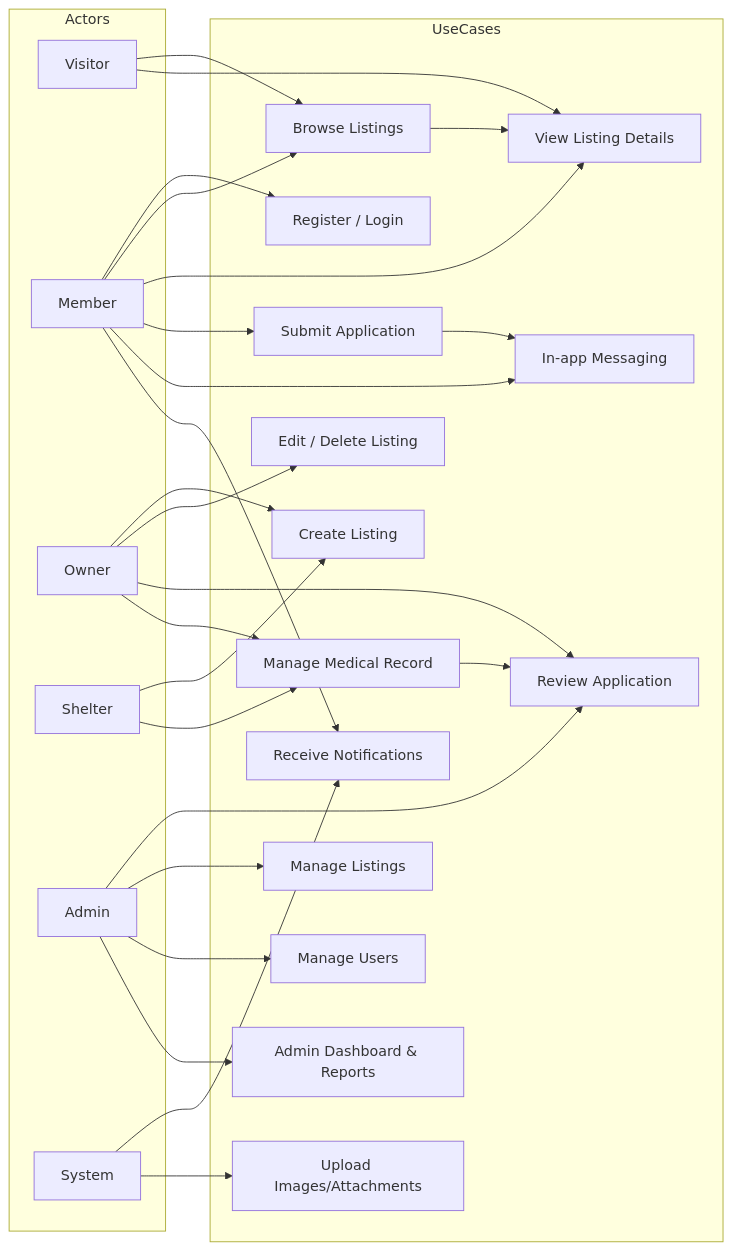
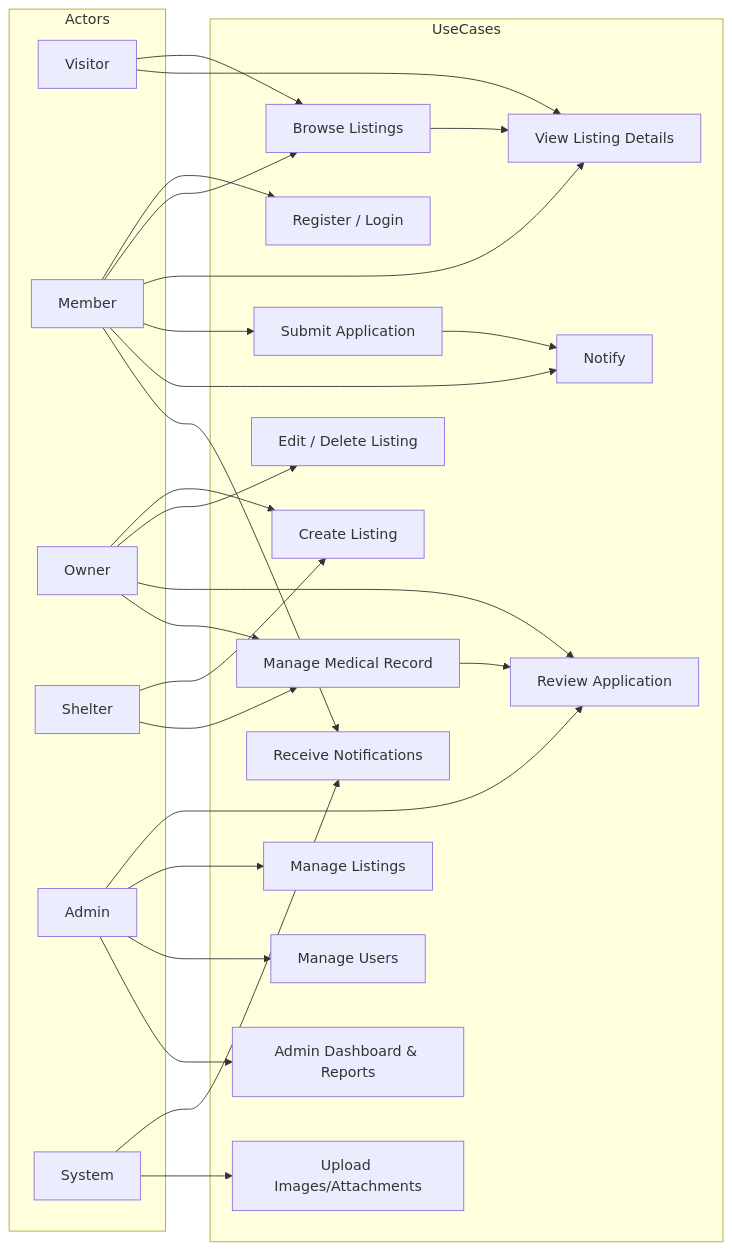
One commit to yeepop/SoftwareEngineeringProject changed the diagram in specs/002-title-description-project/assets/use-cases-graph.mmd. Above: the diagram before and after it, drawn with Mermaid. The commit also changed 7 other files, not shown here.

```diff
--- a/specs/002-title-description-project/assets/use-cases-graph.mmd
+++ b/specs/002-title-description-project/assets/use-cases-graph.mmd
@@ -1,56 +1,56 @@
 graph LR
   subgraph Actors
     V[Visitor]
     M[Member]
     O[Owner]
     S[Shelter]
     A[Admin]
     Sys[System]
   end
 
   subgraph UseCases
     Browse[Browse Listings]
     View[View Listing Details]
     Login[Register / Login]
     Create[Create Listing]
     Edit[Edit / Delete Listing]
     Submit[Submit Application]
-    Msg[In-app Messaging]
+  Msg[Notify]
     Notify[Receive Notifications]
     Review[Review Application]
     ManageMR[Manage Medical Record]
     ManageListings[Manage Listings]
     ManageUsers[Manage Users]
     AdminDash[Admin Dashboard & Reports]
     Upload[Upload Images/Attachments]
   end
 
   V --> Browse
   V --> View
 
   M --> Login
   M --> Browse
   M --> View
   M --> Submit
   M --> Msg
   M --> Notify
 
   O --> Create
   O --> Edit
   O --> Review
   O --> ManageMR
 
   S --> Create
   S --> ManageMR
 
   A --> Review
   A --> ManageListings
   A --> ManageUsers
   A --> AdminDash
 
   Sys --> Notify
   Sys --> Upload
 
   Browse --> View
   Submit --> Msg
   ManageMR --> Review
```
